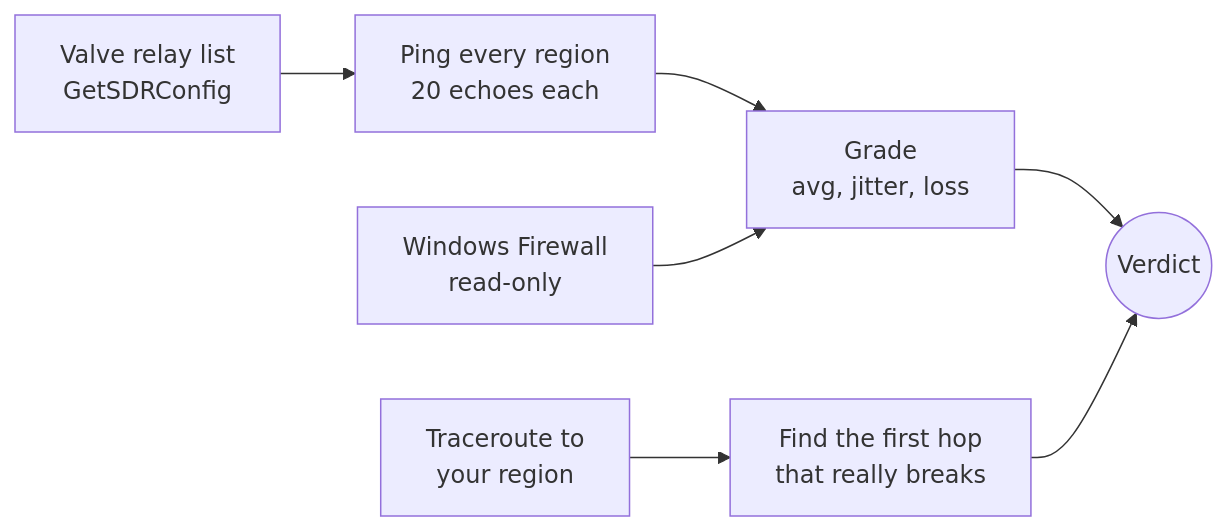
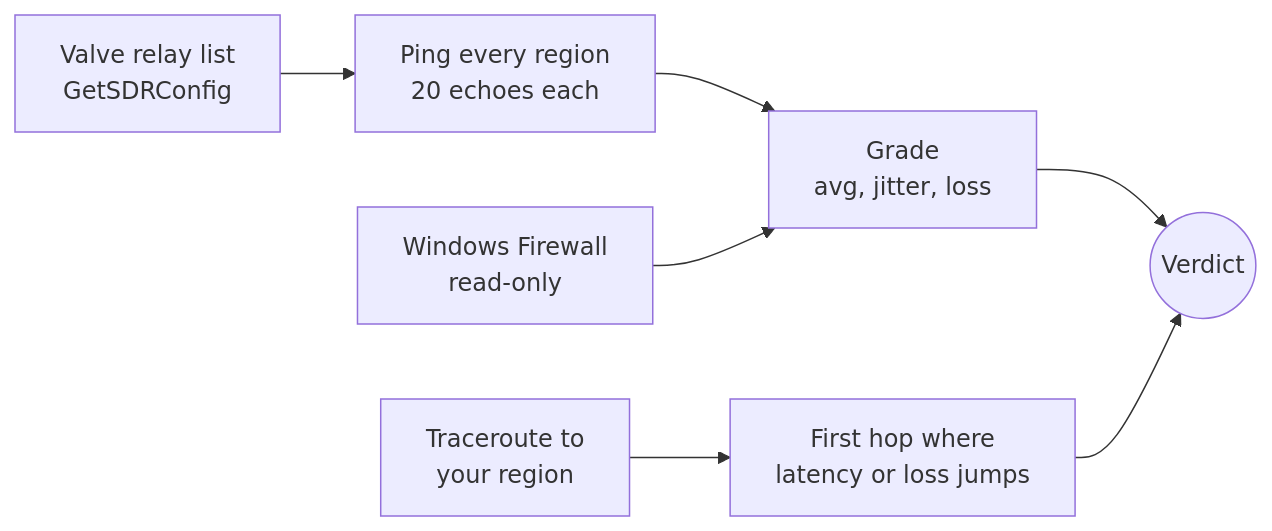
The diagram in README.md (Mahan-Imanian/netcheck), drawn with Mermaid before and after one commit. The commit also changed other lines of this file and 2 other files, not shown here.

````diff
--- a/README.md
+++ b/README.md
@@ -165,9 +152,9 @@
 ```mermaid
 flowchart LR
     A[Valve relay list<br/>GetSDRConfig] --> B[Ping every region<br/>20 echoes each]
     B --> C[Grade<br/>avg, jitter, loss]
-    D[Traceroute to<br/>your region] --> E[Find the first hop<br/>that really breaks]
+    D[Traceroute to<br/>your region] --> E[First hop where<br/>latency or loss jumps]
     F[Windows Firewall<br/>read-only] --> C
     C --> G((Verdict))
     E --> G
 ```
````
